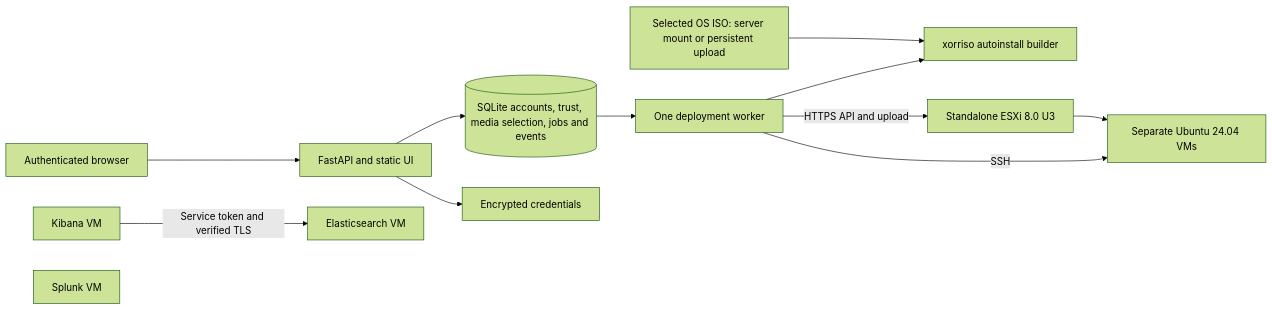
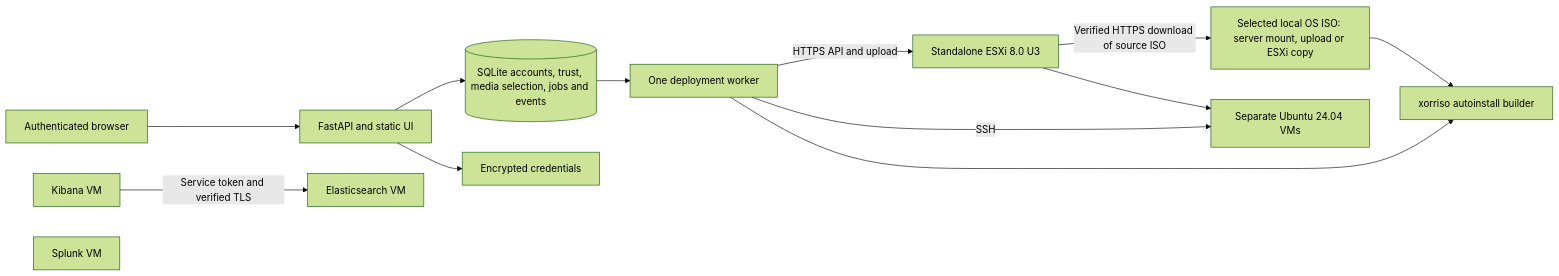
Before and after one commit to DasFunfZigste/GDeploy: the diagram in docs/ARCHITECTURE.md, drawn with Mermaid (forest theme). The commit also changed other lines of this file and 20 other files, not shown here.

````diff
--- a/docs/ARCHITECTURE.md
+++ b/docs/ARCHITECTURE.md
@@ -3,14 +3,15 @@
 ```mermaid
 flowchart LR
   Browser[Authenticated browser] --> API[FastAPI and static UI]
   API --> DB[(SQLite accounts, trust, media selection, jobs and events)]
   API --> Vault[Encrypted credentials]
   DB --> Worker[One deployment worker]
-  Media[Selected OS ISO: server mount or persistent upload] --> Builder[xorriso autoinstall builder]
+  Media[Selected local OS ISO: server mount, upload or ESXi copy] --> Builder[xorriso autoinstall builder]
   Worker --> Builder
   Worker -->|HTTPS API and upload| ESXi[Standalone ESXi 8.0 U3]
+  ESXi -->|Verified HTTPS download of source ISO| Media
   ESXi --> Ubuntu[Separate Ubuntu 24.04 VMs]
   Worker -->|SSH| Ubuntu
   Kibana[Kibana VM] -->|Service token and verified TLS| Elastic[Elasticsearch VM]
   Splunk[Splunk VM]
 ```
````
